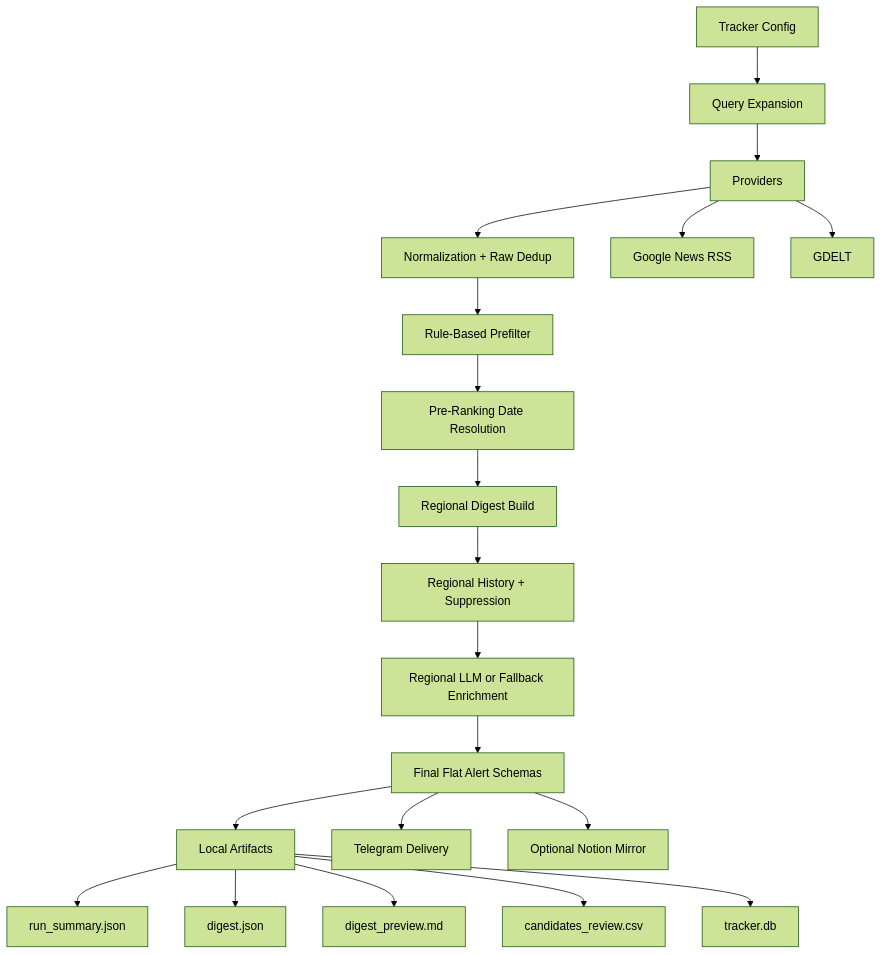
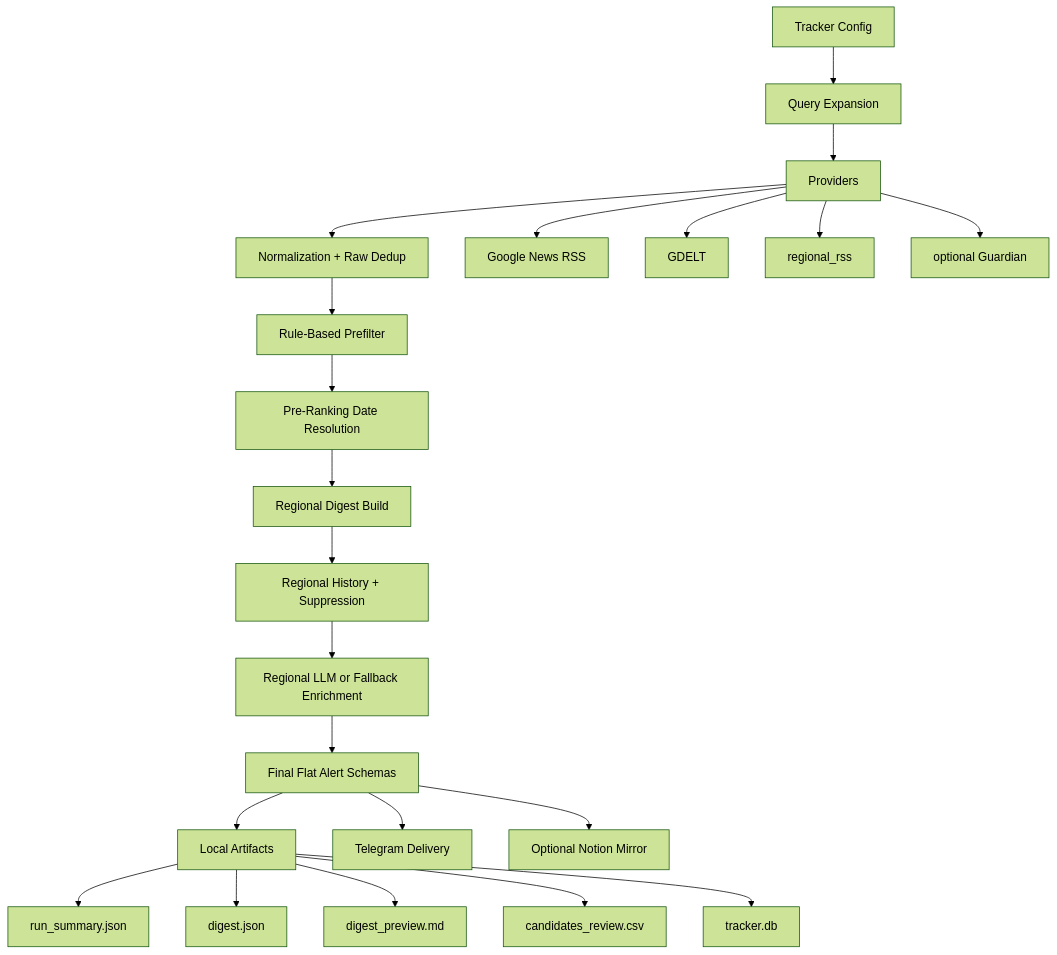
One commit to avorash11-maker/indrive_feedback changed the diagram in docs/architecture.md. Above: the diagram before and after it, drawn with Mermaid (forest theme). The commit also changed other lines of this file and 7 other files, not shown here.

````diff
--- a/docs/architecture.md
+++ b/docs/architecture.md
@@ -99,24 +117,26 @@
 ```mermaid
 graph TD
     A[Tracker Config] --> B[Query Expansion]
     B --> C[Providers]
     C --> D[Normalization + Raw Dedup]
     D --> E[Rule-Based Prefilter]
     E --> F[Pre-Ranking Date Resolution]
     F --> G[Regional Digest Build]
     G --> H[Regional History + Suppression]
     H --> I[Regional LLM or Fallback Enrichment]
     I --> J[Final Flat Alert Schemas]
     J --> K[Local Artifacts]
     J --> L[Telegram Delivery]
     J --> M[Optional Notion Mirror]
 
     C --> C1[Google News RSS]
     C --> C2[GDELT]
+    C --> C3[regional_rss]
+    C --> C4[optional Guardian]
 
     K --> K1[run_summary.json]
     K --> K2[digest.json]
     K --> K3[digest_preview.md]
     K --> K4[candidates_review.csv]
     K --> K5[tracker.db]
 ```
````
